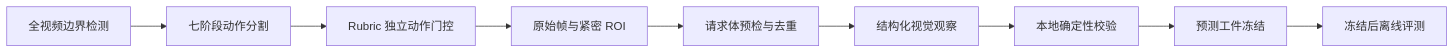
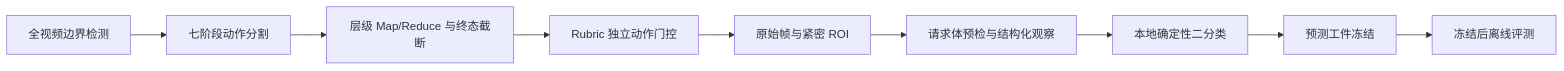
Before and after one commit to s3315318150-crypto/resistance-video-action-gating: the diagram in README.md, drawn with Mermaid. The commit also changed other lines of this file and 16 other files, not shown here.

````diff
--- a/README.md
+++ b/README.md
@@ -11,11 +11,11 @@
 ```mermaid
 flowchart LR
     A[全视频边界检测] --> B[七阶段动作分割]
-    B --> C[Rubric 独立动作门控]
-    C --> D[原始帧与紧密 ROI]
-    D --> E[请求体预检与去重]
-    E --> F[结构化视觉观察]
-    F --> G[本地确定性校验]
+    B --> C[层级 Map/Reduce 与终态截断]
+    C --> D[Rubric 独立动作门控]
+    D --> E[原始帧与紧密 ROI]
+    E --> F[请求体预检与结构化观察]
+    F --> G[本地确定性二分类]
     G --> H[预测工件冻结]
     H --> I[冻结后离线评测]
 ```
````
